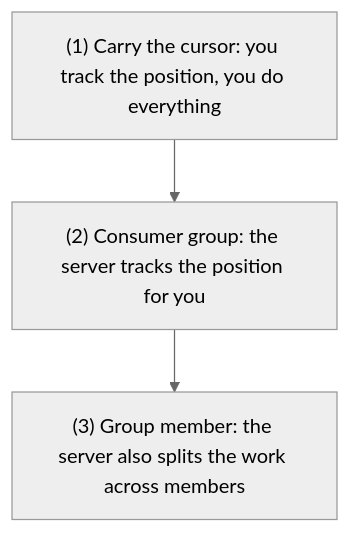
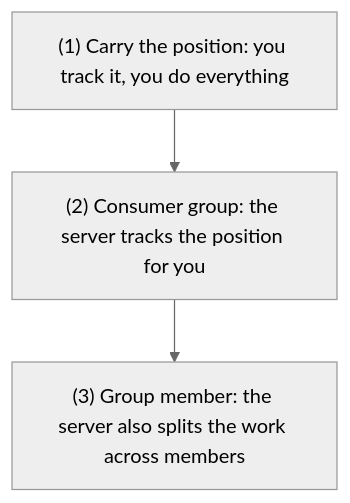
The second of 4 diagrams in docs/guides/produce-and-consume.md (malachi-hq/malachi), drawn with Mermaid (neutral theme) before and after one commit. The commit also changed other lines of this file and 240 other files, not shown here.

````diff
--- a/docs/guides/produce-and-consume.md
+++ b/docs/guides/produce-and-consume.md
@@ -62,7 +87,7 @@
 ```mermaid
 flowchart TD
-  A["(1) Carry the cursor: you track the position, you do everything"]
+  A["(1) Carry the position: you track it, you do everything"]
   B["(2) Consumer group: the server tracks the position for you"]
   C["(3) Group member: the server also splits the work across members"]
   A --> B --> C
 ```
````
